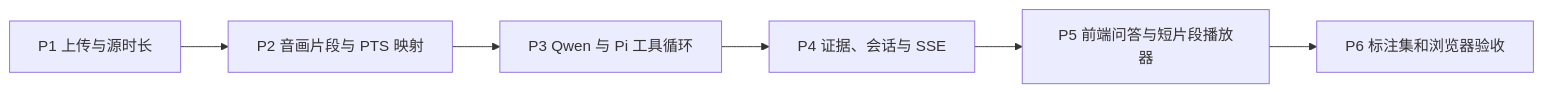
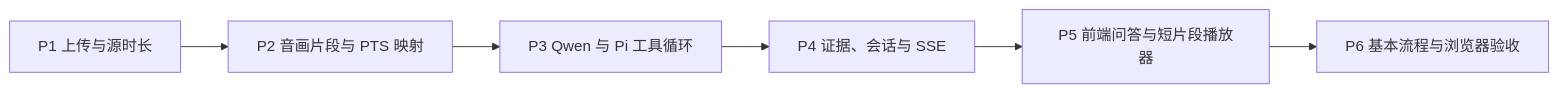
One commit to zhentai-sn/open-glaux changed the diagram in docs/plans/2026-09-24-video-understanding-harness-plan.md. Above: the diagram before and after it, drawn with Mermaid. The commit also changed other lines of this file and 2 other files, not shown here.

````diff
--- a/docs/plans/2026-09-24-video-understanding-harness-plan.md
+++ b/docs/plans/2026-09-24-video-understanding-harness-plan.md
@@ -12,8 +12,8 @@
 ```mermaid
 flowchart LR
     A["P1 上传与源时长"] --> B["P2 音画片段与 PTS 映射"]
     B --> C["P3 Qwen 与 Pi 工具循环"]
     C --> D["P4 证据、会话与 SSE"]
     D --> E["P5 前端问答与短片段播放器"]
-    E --> F["P6 标注集和浏览器验收"]
+    E --> F["P6 基本流程与浏览器验收"]
 ```
````
